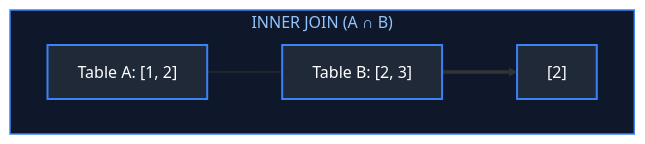
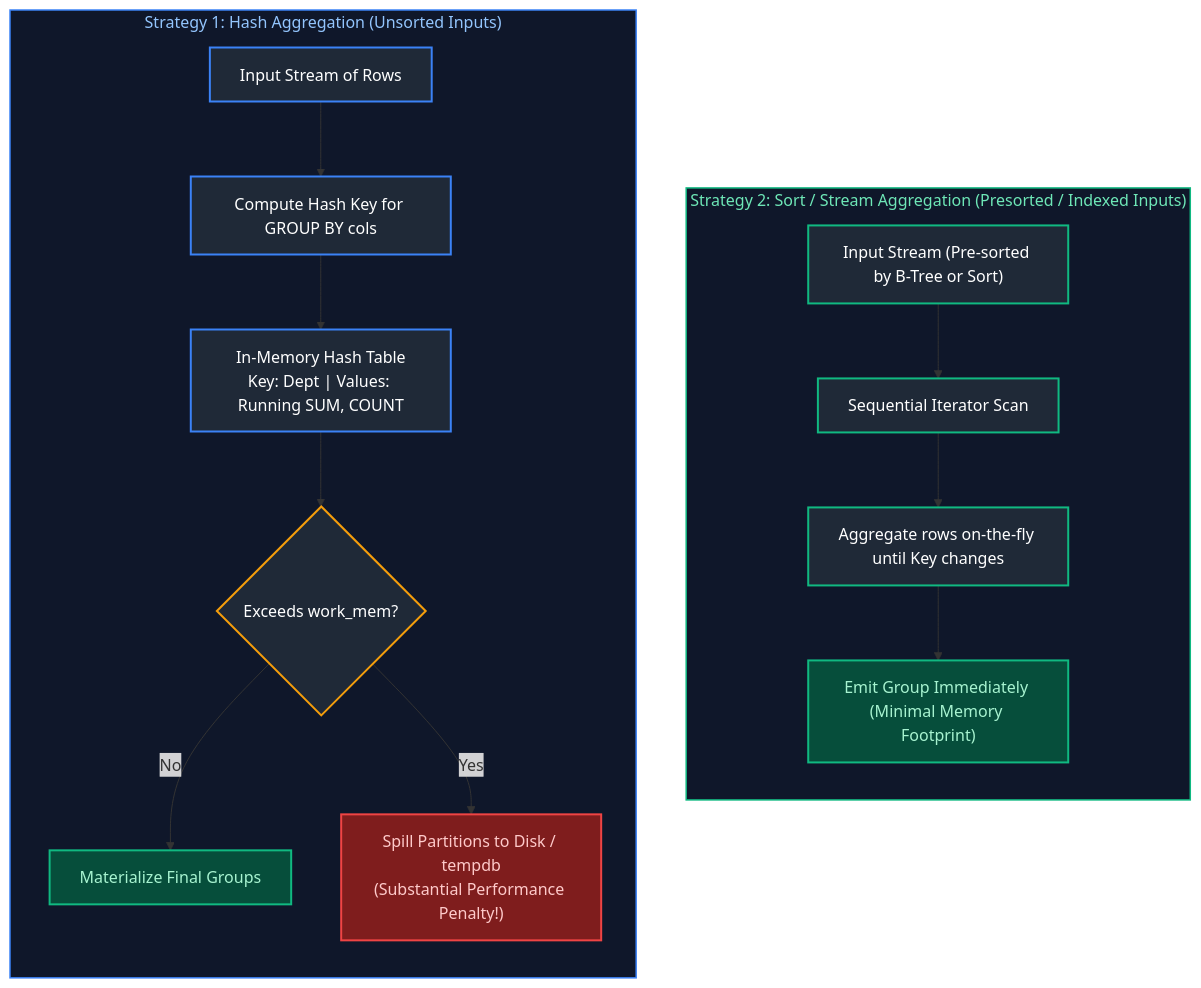
One commit to joydeep-biswas/Interview-Preparation changed the sixth of 10 diagrams in Data Engineering/01_sql_fundamentals.md. Above: the diagram before and after it, drawn with Mermaid. The commit also changed other lines of this file and 143 other files, not shown here.

````diff
--- a/Data Engineering/01_sql_fundamentals.md
+++ b/Data Engineering/01_sql_fundamentals.md
@@ -646,13 +1005,31 @@
 ```mermaid
 flowchart TD
-    subgraph InnerJoin ["INNER JOIN (A ∩ B)"]
-        direction LR
-        IA["Table A: [1, 2]"] --- IB["Table B: [2, 3]"] ==> IRes["[2]"]
+    subgraph SortAgg ["Strategy 2: Sort / Stream Aggregation (Presorted / Indexed Inputs)"]
+        direction TB
+        SIn["Input Stream (Pre-sorted by B-Tree or Sort)"] --> SScan["Sequential Iterator Scan"]
+        SScan --> SGroup["Aggregate rows on-the-fly until Key changes"]
+        SGroup --> SOut["Emit Group Immediately (Minimal Memory Footprint)"]
     end
 
-    style InnerJoin fill:#0f172a,stroke:#3b82f6,stroke-width:1.5px,color:#93c5fd
+    subgraph HashAgg ["Strategy 1: Hash Aggregation (Unsorted Inputs)"]
+        direction TB
+        HIn["Input Stream of Rows"] --> HHash["Compute Hash Key for GROUP BY cols"]
+        HHash --> HTable["In-Memory Hash Table<br/>Key: Dept | Values: Running SUM, COUNT"]
+        HTable --> HCheck{"Exceeds work_mem?"}
+        HCheck -- No --> HOut["Materialize Final Groups"]
+        HCheck -- Yes --> HSpill["Spill Partitions to Disk / tempdb<br/>(Substantial Performance Penalty!)"]
+    end
 
-    style IA fill:#1f2937,stroke:#3b82f6,stroke-width:2px,color:#fff
-    style IB fill:#1f2937,stroke:#3b82f6,stroke-width:2px,color:#fff
-    style IRes fill:#1f2937,stroke:#3b82f6,stroke-width:2px,color:#fff
+    style HashAgg fill:#0f172a,stroke:#3b82f6,stroke-width:1.5px,color:#93c5fd
+    style SortAgg fill:#0f172a,stroke:#10b981,stroke-width:1.5px,color:#6ee7b7
+    style HIn fill:#1f2937,stroke:#3b82f6,stroke-width:2px,color:#fff
+    style HHash fill:#1f2937,stroke:#3b82f6,stroke-width:2px,color:#fff
+    style HTable fill:#1f2937,stroke:#3b82f6,stroke-width:2px,color:#fff
+    style HCheck fill:#1f2937,stroke:#f59e0b,stroke-width:2px,color:#fff
+    style HOut fill:#064e3b,stroke:#10b981,stroke-width:2px,color:#a7f3d0
+    style HSpill fill:#7f1d1d,stroke:#ef4444,stroke-width:2px,color:#fecaca
+    style SIn fill:#1f2937,stroke:#10b981,stroke-width:2px,color:#fff
+    style SScan fill:#1f2937,stroke:#10b981,stroke-width:2px,color:#fff
+    style SGroup fill:#1f2937,stroke:#10b981,stroke-width:2px,color:#fff
+    style SOut fill:#064e3b,stroke:#10b981,stroke-width:2px,color:#a7f3d0
 ```
````
